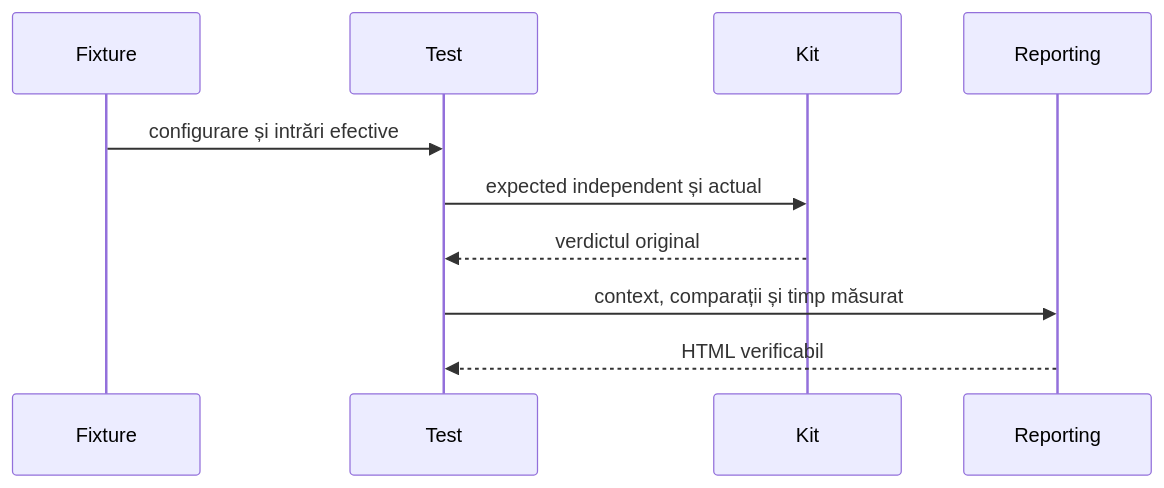
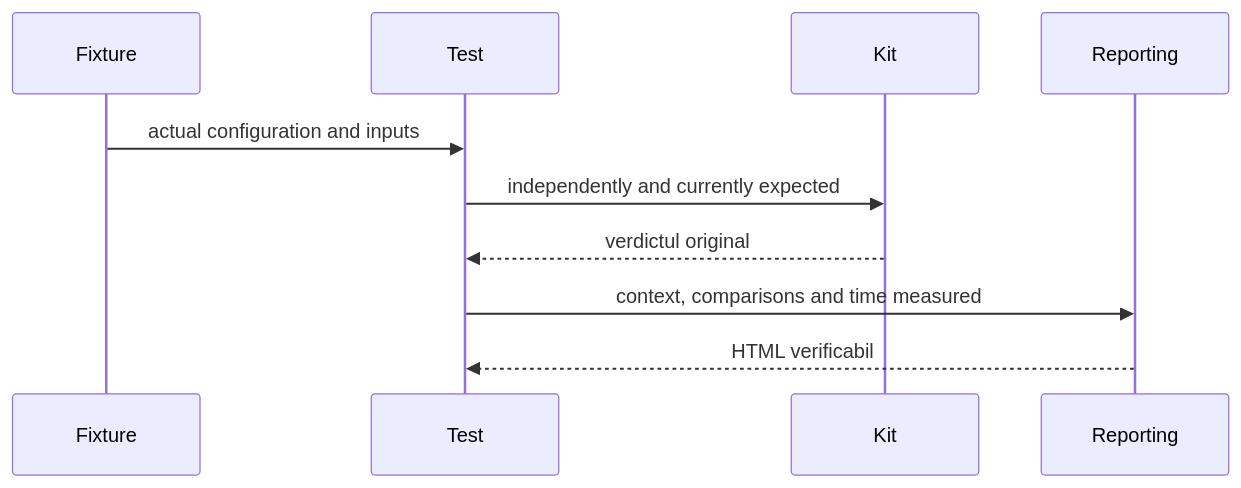
One commit to crististefanita/atf_j4 changed the diagram in docs/testing/ATF_GradleComponents.md. Above: the diagram before and after it, drawn with Mermaid. The commit also changed other lines of this file and 122 other files, not shown here.

````diff
--- a/docs/testing/ATF_GradleComponents.md
+++ b/docs/testing/ATF_GradleComponents.md
@@ -36,12 +36,12 @@
 ```mermaid
 sequenceDiagram
     participant F as Fixture
     participant T as Test
     participant K as Kit
     participant R as Reporting
-    F->>T: configurare și intrări efective
-    T->>K: expected independent și actual
+    F->>T: actual configuration and inputs
+    T->>K: independently and currently expected
     K-->>T: verdictul original
-    T->>R: context, comparații și timp măsurat
+    T->>R: context, comparisons and time measured
     R-->>T: HTML verificabil
 ```
````
